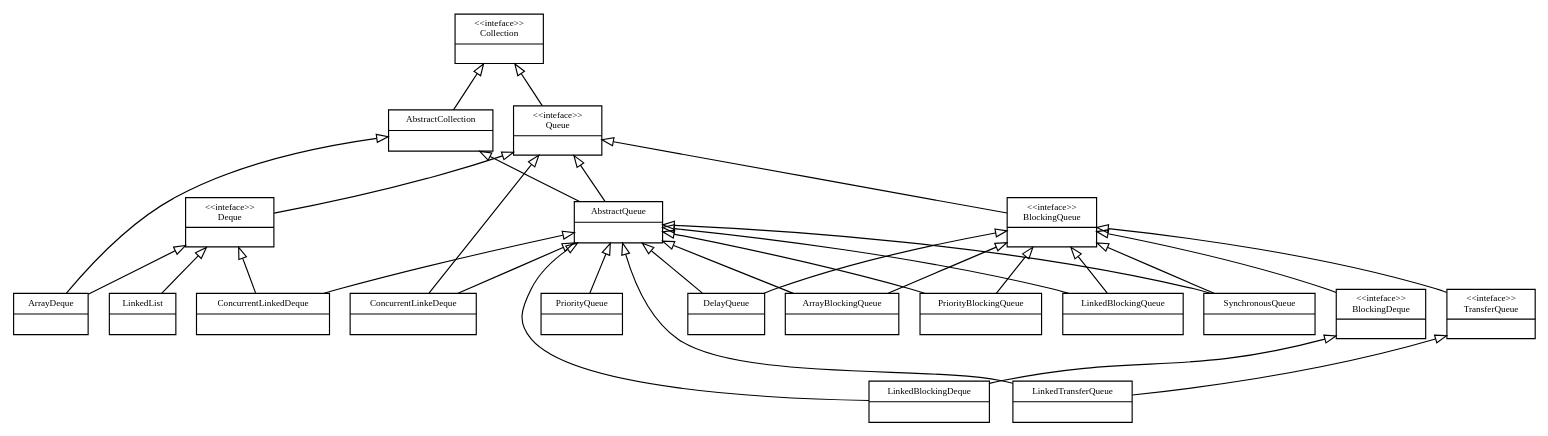
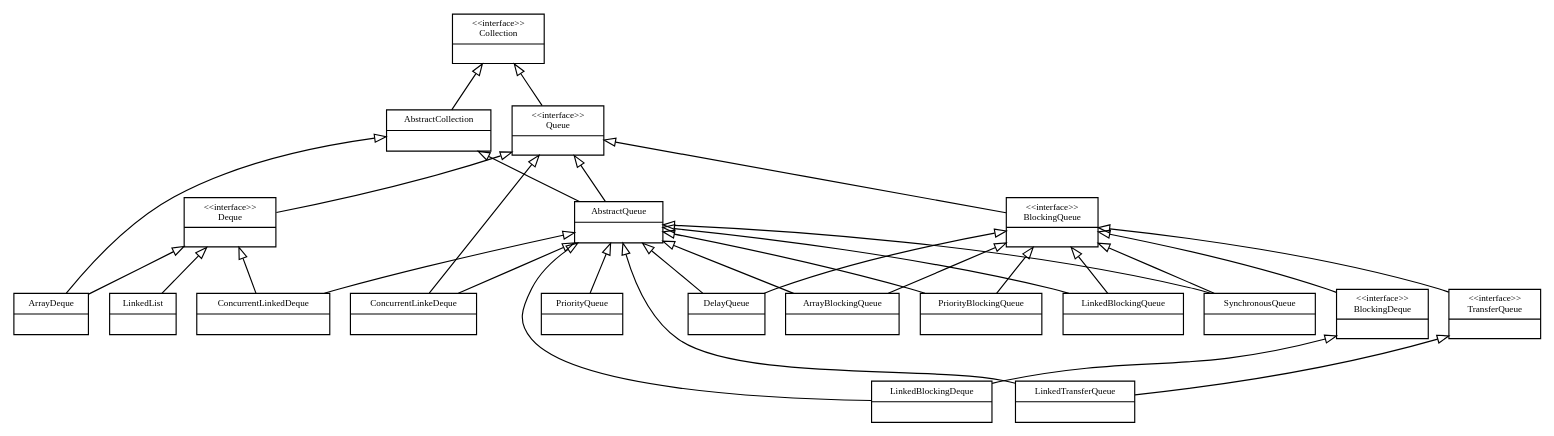
The diagram in java.util.Queue/queue.dot (StephanPraetsch/Datenstrukturen), drawn with Graphviz before and after one commit.

```diff
--- a/java.util.Queue/queue.dot
+++ b/java.util.Queue/queue.dot
@@ -1,151 +1,151 @@
 digraph Queue {
 fontname = "Bitstream Vera Sans"
 fontsize = 8
 
 node [
 fontname = "Bitstream Vera Sans"
 fontsize = 8
 shape = "record"
 ]
 
 edge [
 arrowtail = "empty"
 ]
 
 //interfaces
 Collection [
-label = "{\<\<inteface\>\>\nCollection|\l}"
+label = "{\<\<interface\>\>\nCollection|\l}"
 ]
 
 Queue [
-label = "{\<\<inteface\>\>\nQueue|\l}"
+label = "{\<\<interface\>\>\nQueue|\l}"
 ]
 
 BlockingQueue [
-label = "{\<\<inteface\>\>\nBlockingQueue|\l}"
+label = "{\<\<interface\>\>\nBlockingQueue|\l}"
 ]
 
 BlockingDeque [
-label = "{\<\<inteface\>\>\nBlockingDeque|\l}"
+label = "{\<\<interface\>\>\nBlockingDeque|\l}"
 ]
 
 TransferQueue [
-label = "{\<\<inteface\>\>\nTransferQueue|\l}"
+label = "{\<\<interface\>\>\nTransferQueue|\l}"
 ]
 
 Deque [
-label = "{\<\<inteface\>\>\nDeque|\l}"
+label = "{\<\<interface\>\>\nDeque|\l}"
 ]
 
 //abstracts
 
 AbstractCollection [
 label = "{AbstractCollection|\l}"
 ]
 
 AbstractQueue [
 label = "{AbstractQueue|\l}"
 ]
 
 
 //implementations
 
 SynchronousQueue [
 label = "{SynchronousQueue|\l}"
 ]
 
 PriorityBlockingQueue [
 label = "{PriorityBlockingQueue|\l}"
 ]
 
 PriorityQueue [
 label = "{PriorityQueue|\l}"
 ]
 
 LinkedBlockingQueue [
 label = "{LinkedBlockingQueue|\l}"
 ]
 
 LinkedTransferQueue [
 label = "{LinkedTransferQueue|\l}"
 ]
 
 LinkedList [
 label = "{LinkedList|\l}"
 ]
 
 ConcurrentLinkeDeque [
 label = "{ConcurrentLinkeDeque|\l}"
 ]
 
 DelayQueue [
 label = "{DelayQueue|\l}"
 ]
 
 LinkedBlockingDeque [
 label = "{LinkedBlockingDeque|\l}"
 ]
 
 ConcurrentLinkedDeque [
 label = "{ConcurrentLinkedDeque|\l}"
 ]
 
 ArrayDeque [
 label = "{ArrayDeque|\l}"
 ]
 
 ArrayBlockingQueue [
 label = "{ArrayBlockingQueue|\l}"
 ]
 
 Collection -> Queue [dir=back]
 Collection -> AbstractCollection[dir=back]
 
 AbstractCollection -> AbstractQueue[dir=back]
 
 //Relations
 Queue -> AbstractQueue [dir=back]
 Queue -> BlockingQueue[dir=back]
 
 Queue -> Deque [dir=back]
 
 BlockingQueue -> BlockingDeque [dir=back]
 BlockingQueue -> TransferQueue [dir=back]
 
 BlockingQueue -> SynchronousQueue [dir=back]
 AbstractQueue -> SynchronousQueue [dir=back]
 
 BlockingQueue -> PriorityBlockingQueue [dir=back]
 AbstractQueue -> PriorityBlockingQueue [dir=back]
 
 BlockingQueue -> ArrayBlockingQueue [dir=back]
 AbstractQueue -> ArrayBlockingQueue [dir=back]
 
 BlockingQueue -> DelayQueue [dir=back]
 AbstractQueue -> DelayQueue [dir=back]
 
 BlockingQueue -> LinkedBlockingQueue [dir=back]
 AbstractQueue -> LinkedBlockingQueue [dir=back]
 
 AbstractQueue -> LinkedBlockingDeque [dir=back]
 BlockingDeque -> LinkedBlockingDeque [dir=back]
 
 AbstractQueue -> LinkedTransferQueue [dir=back]
 TransferQueue -> LinkedTransferQueue [dir=back]
 
 AbstractQueue -> ConcurrentLinkeDeque [dir=back]
 Queue -> ConcurrentLinkeDeque [dir=back]
 
 AbstractQueue -> ConcurrentLinkedDeque [dir=back]
 Deque -> ConcurrentLinkedDeque [dir=back]
 
 AbstractQueue -> PriorityQueue [dir=back]
 
 Deque -> LinkedList [dir=back]
 
 AbstractCollection -> ArrayDeque [dir=back]
 Deque -> ArrayDeque [dir=back]
 }
 //packages?
 //wichtigsten Methonde der Interfaces
 //Verbingung zu AbstractQ entfernen? LinkedList Extended nicht 
```
